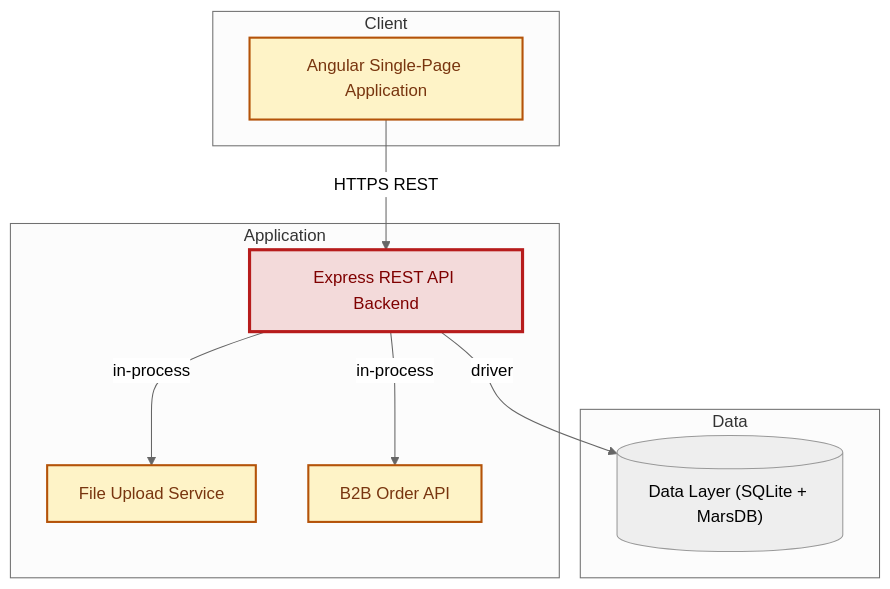
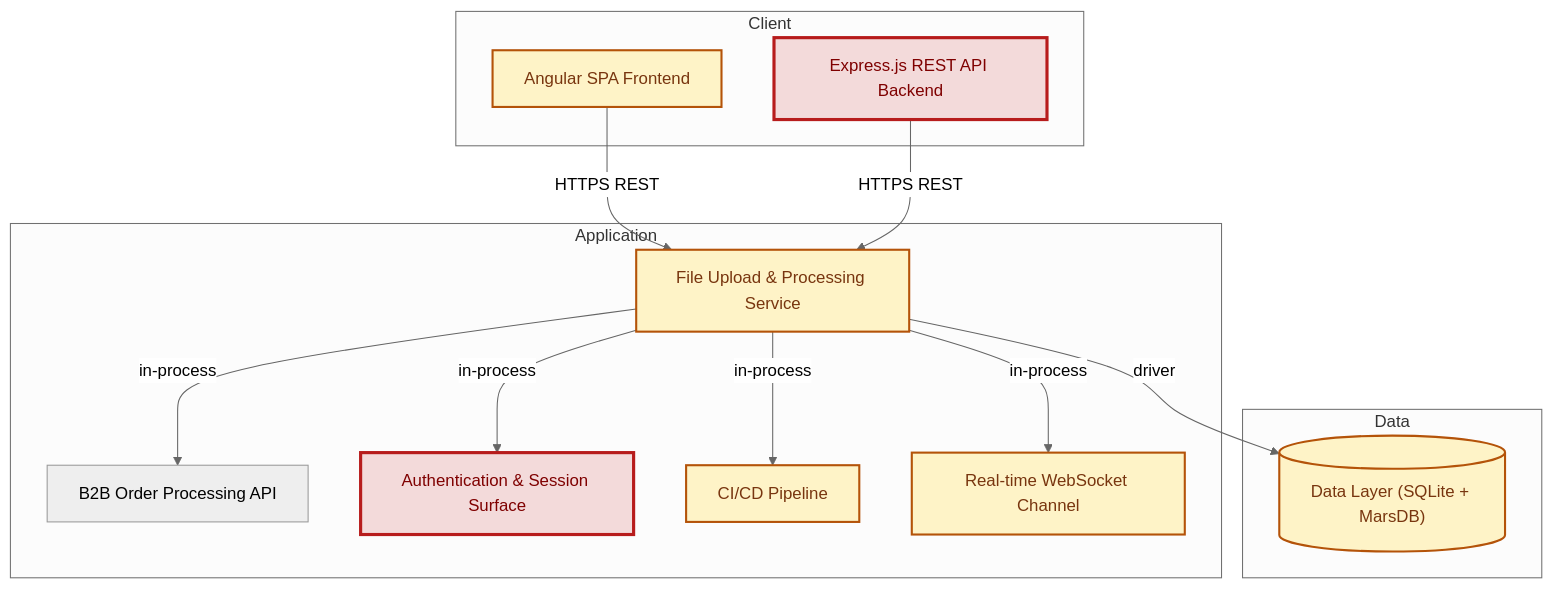
The second of 4 diagrams in tests/fixtures/e2e/_repair-run/.fragments/architecture-diagrams.md (appsec-foundry/appsec-advisor), drawn with Mermaid (neutral theme) before and after one commit. The commit also changed other lines of this file and 184 other files, not shown here.

````diff
--- a/tests/fixtures/e2e/_repair-run/.fragments/architecture-diagrams.md
+++ b/tests/fixtures/e2e/_repair-run/.fragments/architecture-diagrams.md
@@ -34,24 +36,33 @@
 ```mermaid
 flowchart TB
     subgraph Client
-        frontend_spa["Angular Single-Page Application"]
+        angular_spa["Angular SPA Frontend"]
+        express_backend["Express.js REST API Backend"]
     end
     subgraph Application
-        backend_api["Express REST API Backend"]
-        file_upload_service["File Upload Service"]
-        b2b_api["B2B Order API"]
+        file_upload_service["File Upload & Processing Service"]
+        b2b_api["B2B Order Processing API"]
+        auth["Authentication & Session Surface"]
+        ci_cd_pipeline["CI/CD Pipeline"]
+        realtime_channel["Real-time WebSocket Channel"]
     end
     subgraph Data
-        data_persistence[("Data Layer (SQLite + MarsDB)")]
+        data_layer[("Data Layer (SQLite + MarsDB)")]
     end
-    frontend_spa -->|HTTPS REST| backend_api
-    backend_api -->|driver| data_persistence
-    backend_api -->|in-process| file_upload_service
-    backend_api -->|in-process| b2b_api
+    angular_spa -->|HTTPS REST| file_upload_service
+    express_backend -->|HTTPS REST| file_upload_service
+    file_upload_service -->|driver| data_layer
+    file_upload_service -->|in-process| b2b_api
+    file_upload_service -->|in-process| auth
+    file_upload_service -->|in-process| ci_cd_pipeline
+    file_upload_service -->|in-process| realtime_channel
     classDef critical fill:#f3dada,stroke:#b71c1c,color:#7f0000,stroke-width:3px
     classDef warning  fill:#fef3c7,stroke:#b45309,color:#78350f,stroke-width:2px
-    class backend_api critical
-    class frontend_spa warning
+    class express_backend critical
+    class auth critical
+    class angular_spa warning
     class file_upload_service warning
-    class b2b_api warning
+    class data_layer warning
+    class ci_cd_pipeline warning
+    class realtime_channel warning
 ```
````
